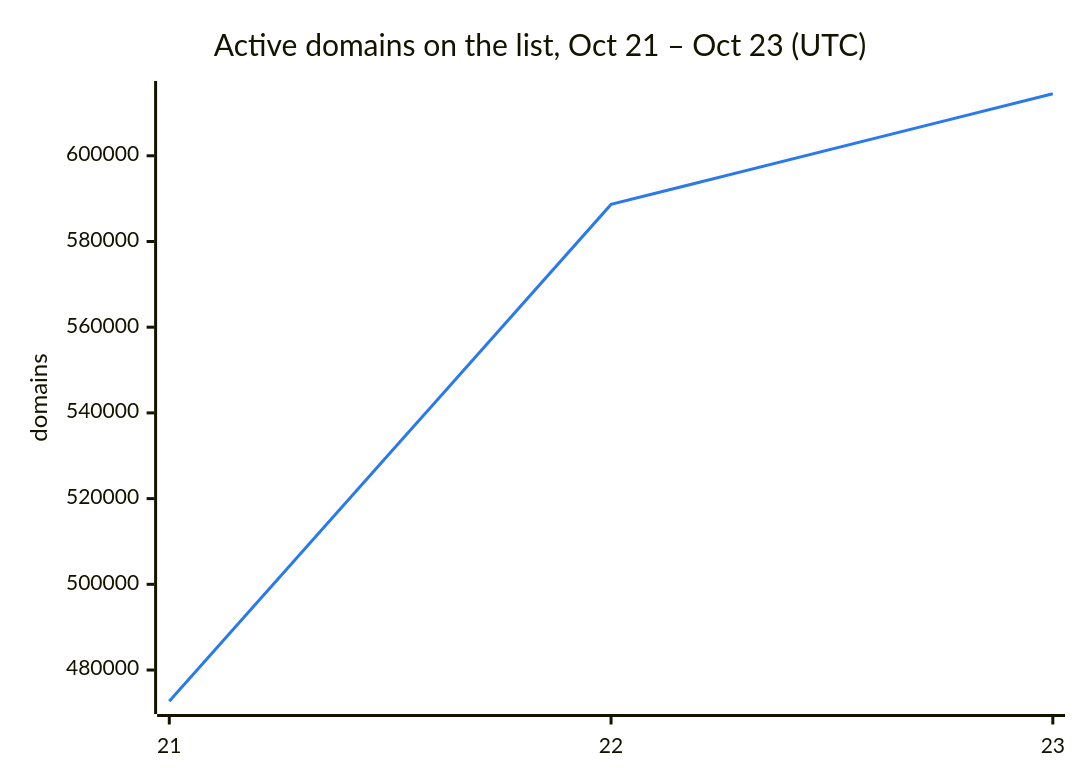
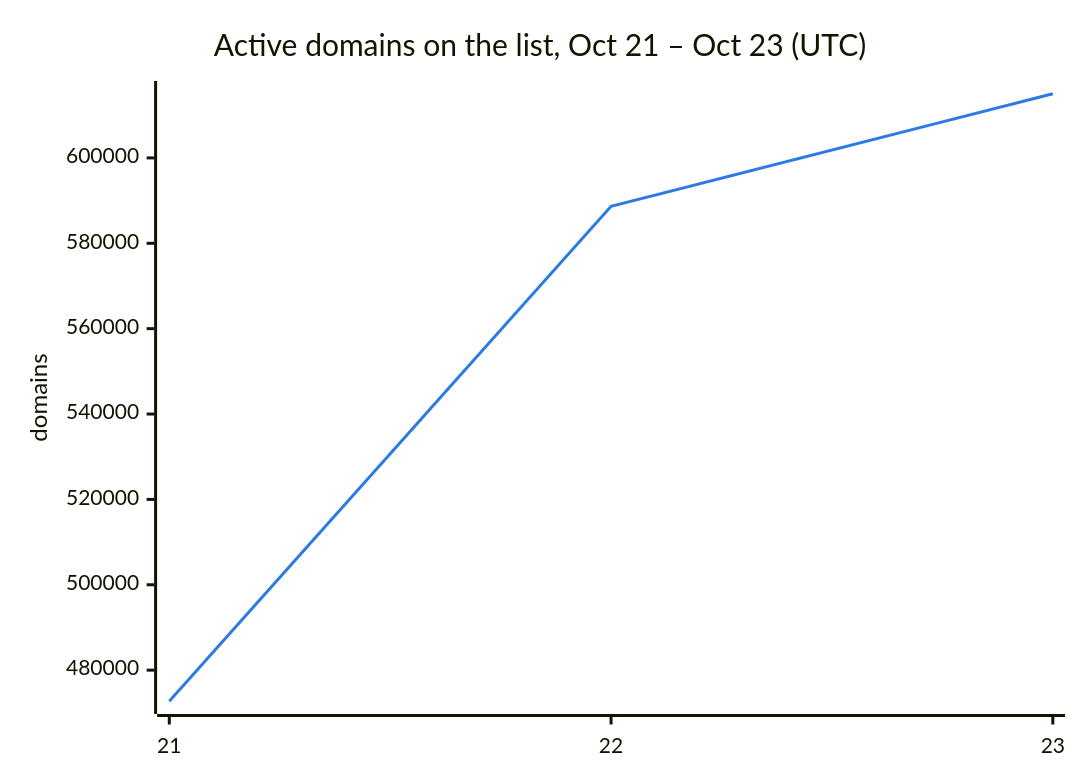
One commit to DNSBunker/CTI changed the second of 3 diagrams in README.md. Above: the diagram before and after it, drawn with Mermaid. The commit also changed other lines of this file and 3 other files, not shown here.

````diff
--- a/README.md
+++ b/README.md
@@ -38,8 +38,8 @@
 ```mermaid
 %%{init: {"themeVariables": {"xyChart": {"plotColorPalette": "#2c7be5"}}}}%%
 xychart-beta
     title "Active domains on the list, Oct 21 – Oct 23 (UTC)"
     x-axis ["21", "22", "23"]
     y-axis "domains"
-    line [472713, 588659, 614476]
+    line [472713, 588659, 615033]
 ```
````
